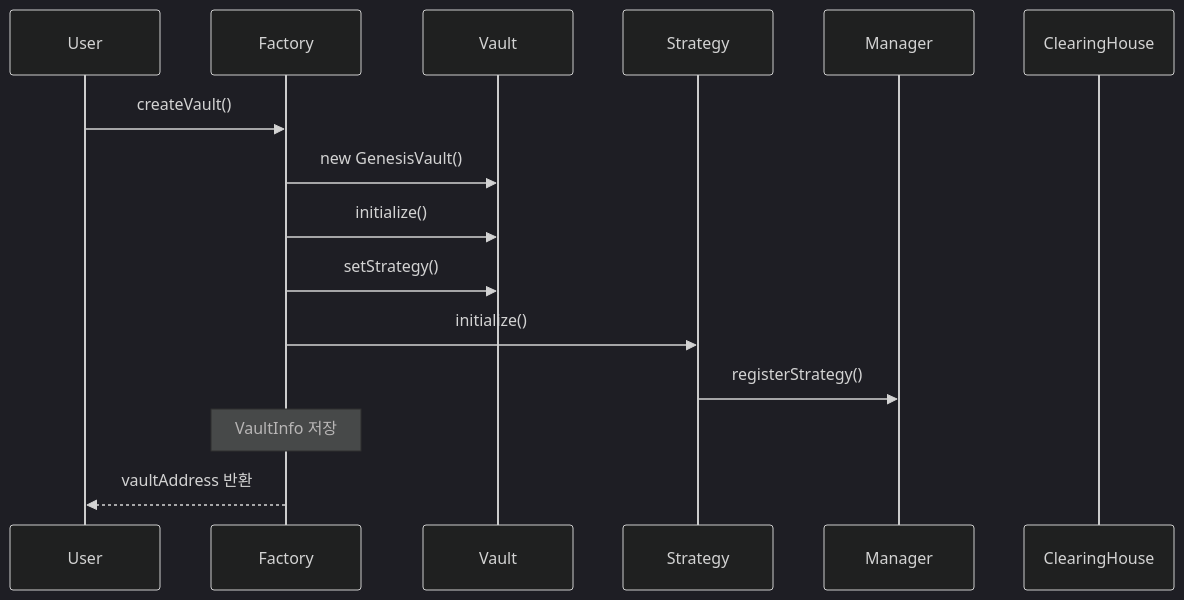
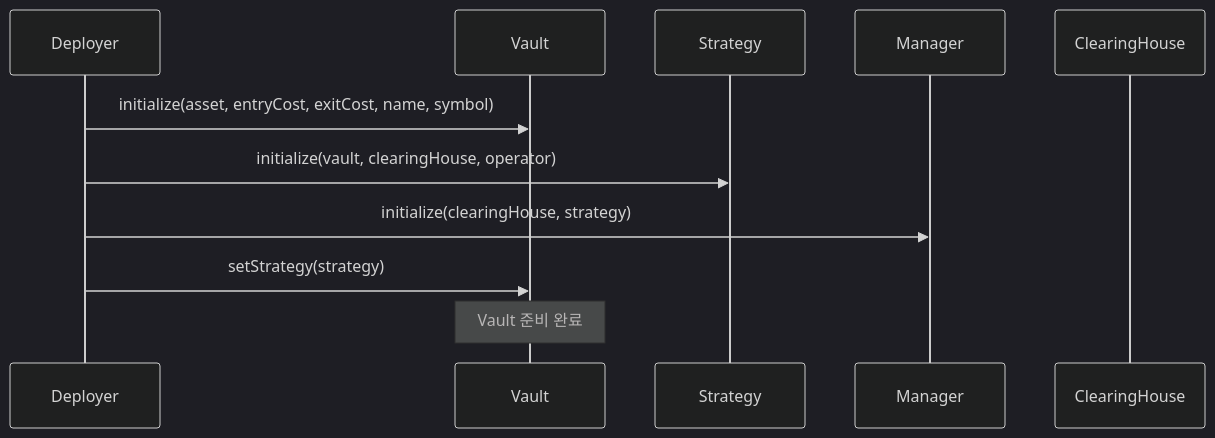
The second of 8 diagrams in contracts/core/vault/genesisvault.md (stvol-official/basevol-contract), drawn with Mermaid (dark theme) before and after one commit. The commit also changed other lines of this file and 26 other files, not shown here.

````diff
--- a/contracts/core/vault/genesisvault.md
+++ b/contracts/core/vault/genesisvault.md
@@ -144,18 +137,14 @@
 ```mermaid
 sequenceDiagram
-    participant User
-    participant Factory
+    participant Deployer
     participant Vault
     participant Strategy
     participant Manager
     participant ClearingHouse
 
-    User->>Factory: createVault()
-    Factory->>Vault: new GenesisVault()
-    Factory->>Vault: initialize()
-    Factory->>Vault: setStrategy()
-    Factory->>Strategy: initialize()
-    Strategy->>Manager: registerStrategy()
-    Note over Factory: VaultInfo 저장
-    Factory-->>User: vaultAddress 반환
+    Deployer->>Vault: initialize(asset, entryCost, exitCost, name, symbol)
+    Deployer->>Strategy: initialize(vault, clearingHouse, operator)
+    Deployer->>Manager: initialize(clearingHouse, strategy)
+    Deployer->>Vault: setStrategy(strategy)
+    Note over Vault: Vault 준비 완료
 ```
````
